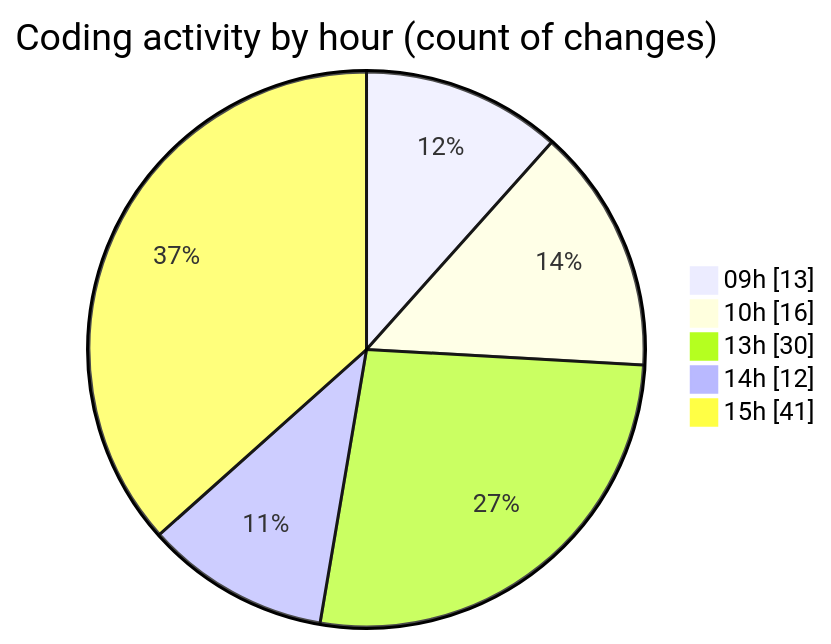
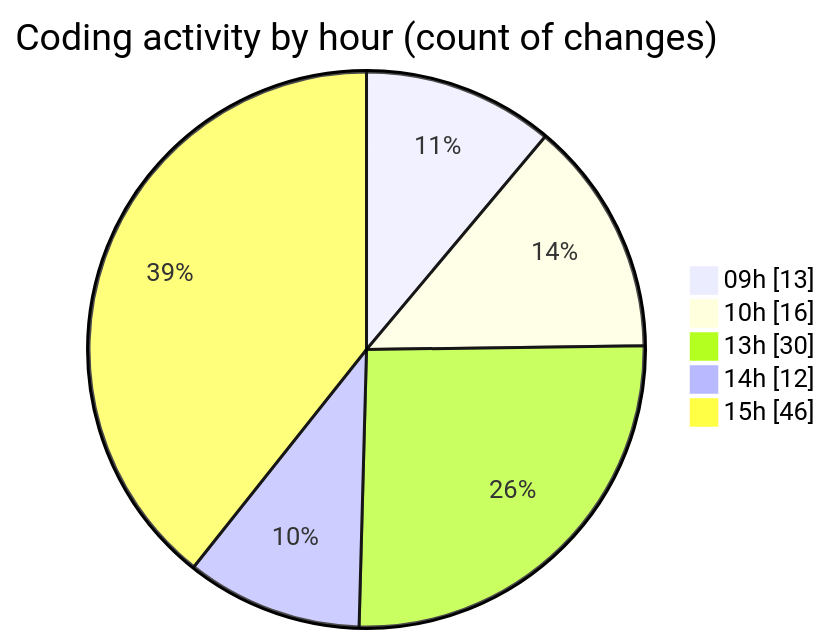
The second of 2 diagrams in 2025-03-31/cda/README.md (momahboobian/code-tracking), drawn with Mermaid before and after one commit. The commit also changed other lines of this file and 1 other file, not shown here.

````diff
--- a/2025-03-31/cda/README.md
+++ b/2025-03-31/cda/README.md
@@ -38,9 +40,9 @@
 ```mermaid
 pie showData
 title Coding activity by hour (count of changes)
 "09h" : 13
 "10h" : 16
 "13h" : 30
 "14h" : 12
-"15h" : 41
+"15h" : 46
 ```
````
